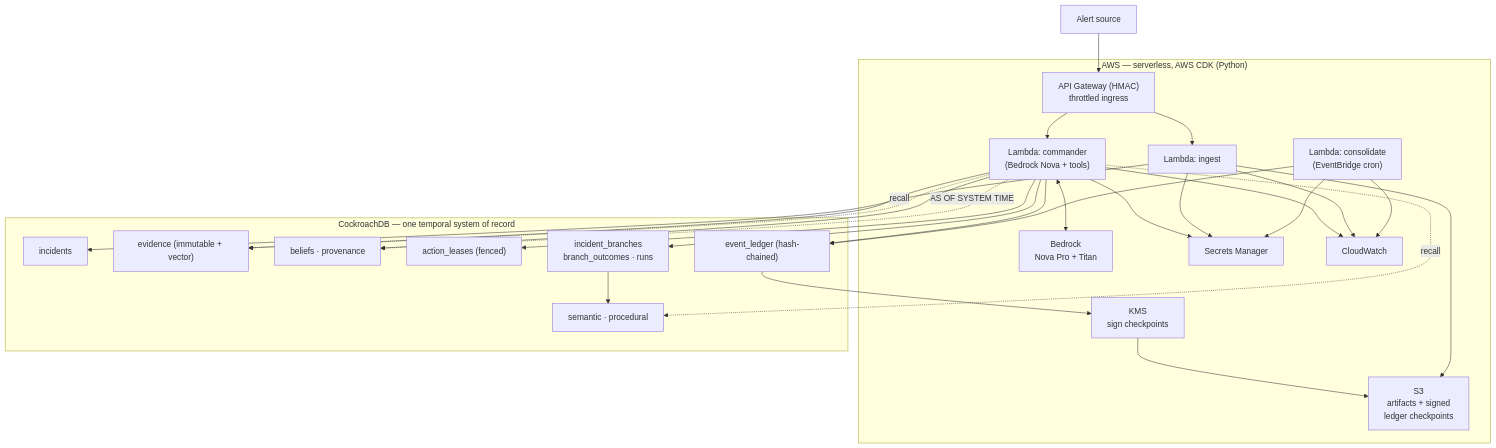
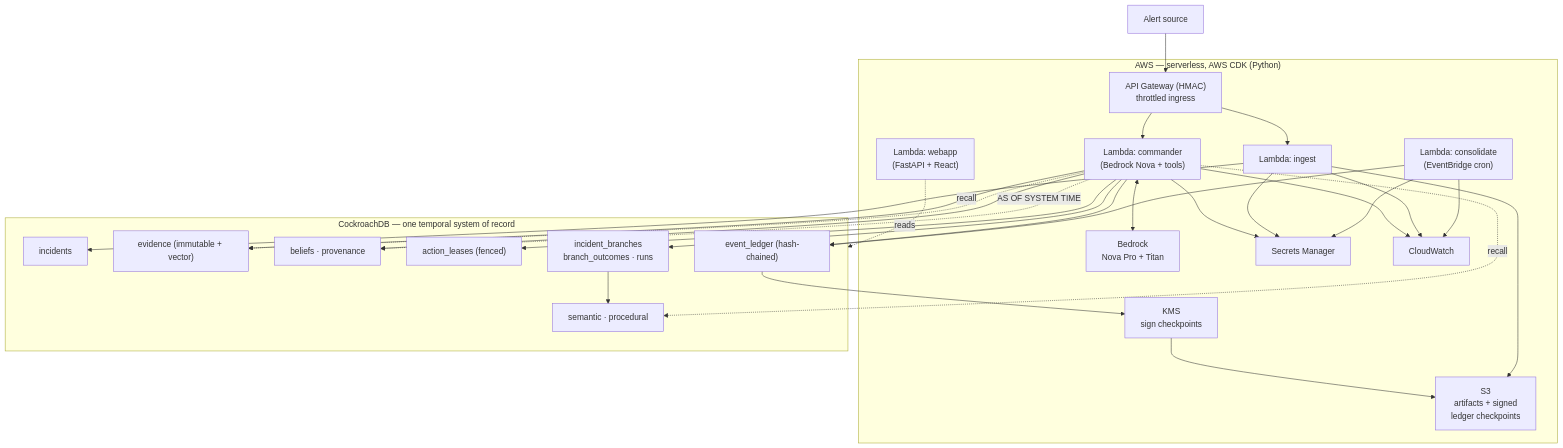
Before and after one commit to umarhashmi2002/backcast: the sixth of 7 diagrams in README.md, drawn with Mermaid. The commit also changed other lines of this file and 7 other files, not shown here.

````diff
--- a/README.md
+++ b/README.md
@@ -205,33 +285,35 @@
 ```mermaid
 flowchart TB
     AM["Alert source"]
     subgraph AWS["AWS — serverless, AWS CDK (Python)"]
         GW["API Gateway (HMAC)<br/>throttled ingress"]
         L1["Lambda: ingest"]
         L2["Lambda: commander<br/>(Bedrock Nova + tools)"]
         L3["Lambda: consolidate<br/>(EventBridge cron)"]
+        L4["Lambda: webapp<br/>(FastAPI + React)"]
         BR["Bedrock<br/>Nova Pro + Titan"]
         S3["S3<br/>artifacts + signed<br/>ledger checkpoints"]
         KMS["KMS<br/>sign checkpoints"]
         SM["Secrets Manager"]
         CW["CloudWatch"]
     end
     subgraph CRDB["CockroachDB — one temporal system of record"]
         INC["incidents"]
         EV["evidence (immutable + vector)"]
         BEL["beliefs · provenance"]
         LSE["action_leases (fenced)"]
         LOG["event_ledger (hash-chained)"]
         SIM["incident_branches<br/>branch_outcomes · runs"]
         LTM["semantic · procedural"]
     end
     AM --> GW --> L1 --> INC
     GW --> L2 <--> BR
     L2 --> EV & BEL & LSE & LOG
     L2 -.recall.-> EV & LTM
     L2 -. "AS OF SYSTEM TIME" .-> BEL
     L2 --> SIM --> LTM
     L3 --> LOG --> KMS --> S3
+    L4 -.reads.-> CRDB
     L1 --> S3
     L2 & L1 & L3 --> SM & CW
 ```
````
